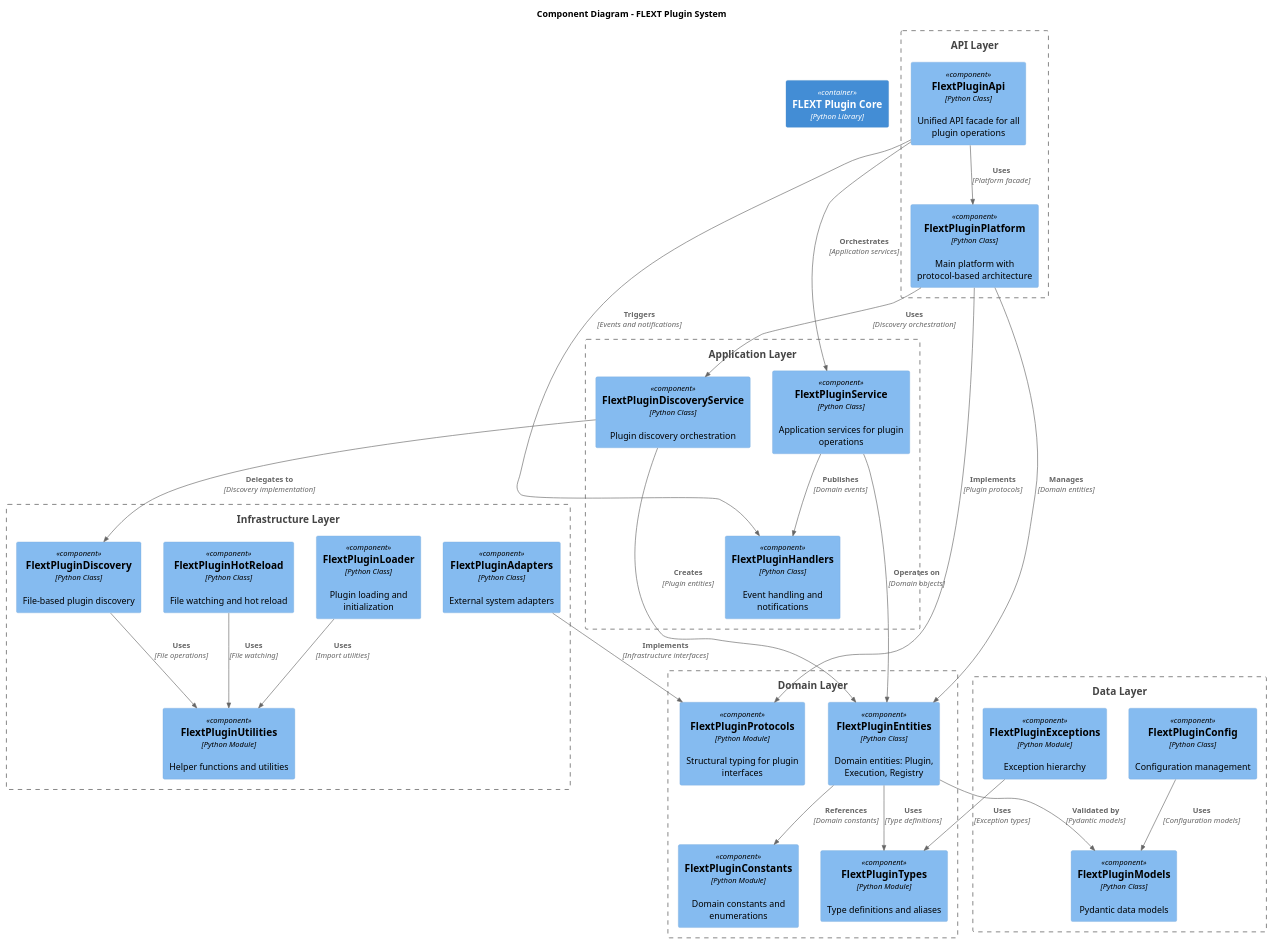
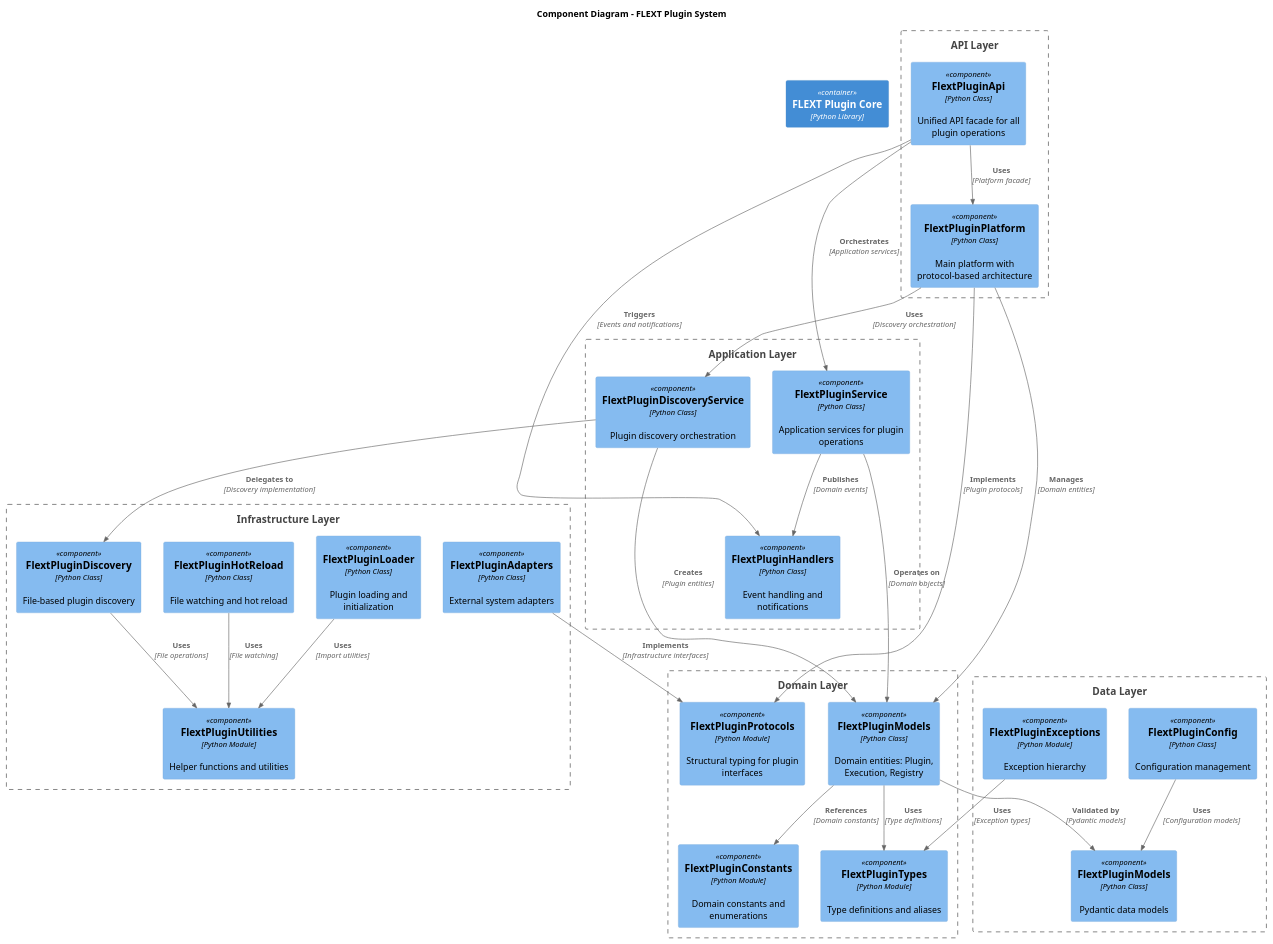
One commit to flext-sh/flext-plugin changed the diagram in docs/architecture/diagrams/component-diagram.puml. Above: the diagram before and after it, drawn with PlantUML. The commit also changed 46 other files, not shown here.

```diff
--- a/docs/architecture/diagrams/component-diagram.puml
+++ b/docs/architecture/diagrams/component-diagram.puml
@@ -1,67 +1,67 @@
 @startuml Component Diagram
 !include https://raw.githubusercontent.com/plantuml-stdlib/C4-PlantUML/master/C4_Component.puml
 
 title Component Diagram - FLEXT Plugin System
 
 Container(flext_plugin_core, "FLEXT Plugin Core", "Python Library")
 
 Boundary(api_boundary, "API Layer") {
     Component(api, "FlextPluginApi", "Python Class", "Unified API facade for all plugin operations")
     Component(platform, "FlextPluginPlatform", "Python Class", "Main platform with protocol-based architecture")
 }
 
 Boundary(application_boundary, "Application Layer") {
     Component(services, "FlextPluginService", "Python Class", "Application services for plugin operations")
     Component(handlers, "FlextPluginHandlers", "Python Class", "Event handling and notifications")
     Component(discovery_svc, "FlextPluginDiscoveryService", "Python Class", "Plugin discovery orchestration")
 }
 
 Boundary(domain_boundary, "Domain Layer") {
-    Component(entities, "FlextPluginEntities", "Python Class", "Domain entities: Plugin, Execution, Registry")
+    Component(entities, "FlextPluginModels", "Python Class", "Domain entities: Plugin, Execution, Registry")
     Component(protocols, "FlextPluginProtocols", "Python Module", "Structural typing for plugin interfaces")
     Component(types, "FlextPluginTypes", "Python Module", "Type definitions and aliases")
     Component(constants, "FlextPluginConstants", "Python Module", "Domain constants and enumerations")
 }
 
 Boundary(infrastructure_boundary, "Infrastructure Layer") {
     Component(discovery, "FlextPluginDiscovery", "Python Class", "File-based plugin discovery")
     Component(loader, "FlextPluginLoader", "Python Class", "Plugin loading and initialization")
     Component(hot_reload, "FlextPluginHotReload", "Python Class", "File watching and hot reload")
     Component(adapters, "FlextPluginAdapters", "Python Class", "External system adapters")
     Component(utilities, "FlextPluginUtilities", "Python Module", "Helper functions and utilities")
 }
 
 Boundary(data_boundary, "Data Layer") {
     Component(config, "FlextPluginConfig", "Python Class", "Configuration management")
     Component(models, "FlextPluginModels", "Python Class", "Pydantic data models")
     Component(exceptions, "FlextPluginExceptions", "Python Module", "Exception hierarchy")
 }
 
 Rel(api, platform, "Uses", "Platform facade")
 Rel(api, services, "Orchestrates", "Application services")
 Rel(api, handlers, "Triggers", "Events and notifications")
 
 Rel(platform, discovery_svc, "Uses", "Discovery orchestration")
 Rel(platform, entities, "Manages", "Domain entities")
 Rel(platform, protocols, "Implements", "Plugin protocols")
 
 Rel(services, entities, "Operates on", "Domain objects")
 Rel(services, handlers, "Publishes", "Domain events")
 
 Rel(discovery_svc, discovery, "Delegates to", "Discovery implementation")
 Rel(discovery_svc, entities, "Creates", "Plugin entities")
 
 Rel(entities, types, "Uses", "Type definitions")
 Rel(entities, constants, "References", "Domain constants")
 Rel(entities, models, "Validated by", "Pydantic models")
 
 Rel(discovery, utilities, "Uses", "File operations")
 Rel(loader, utilities, "Uses", "Import utilities")
 Rel(hot_reload, utilities, "Uses", "File watching")
 
 Rel(adapters, protocols, "Implements", "Infrastructure interfaces")
 
 Rel(config, models, "Uses", "Configuration models")
 Rel(exceptions, types, "Uses", "Exception types")
 
 @enduml
```
